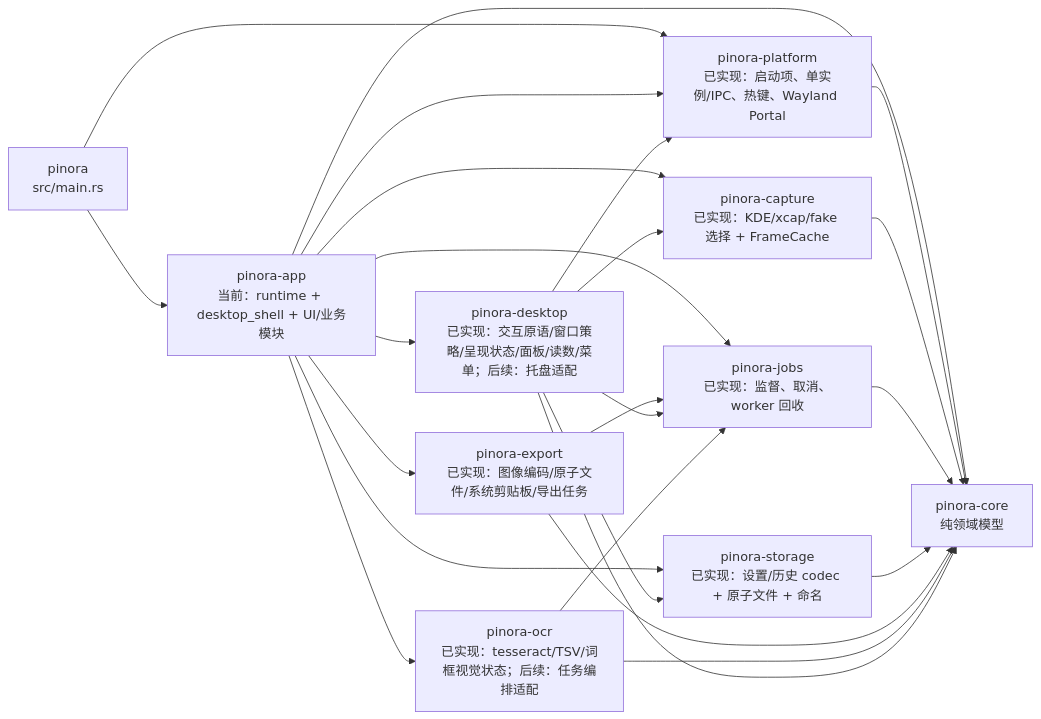
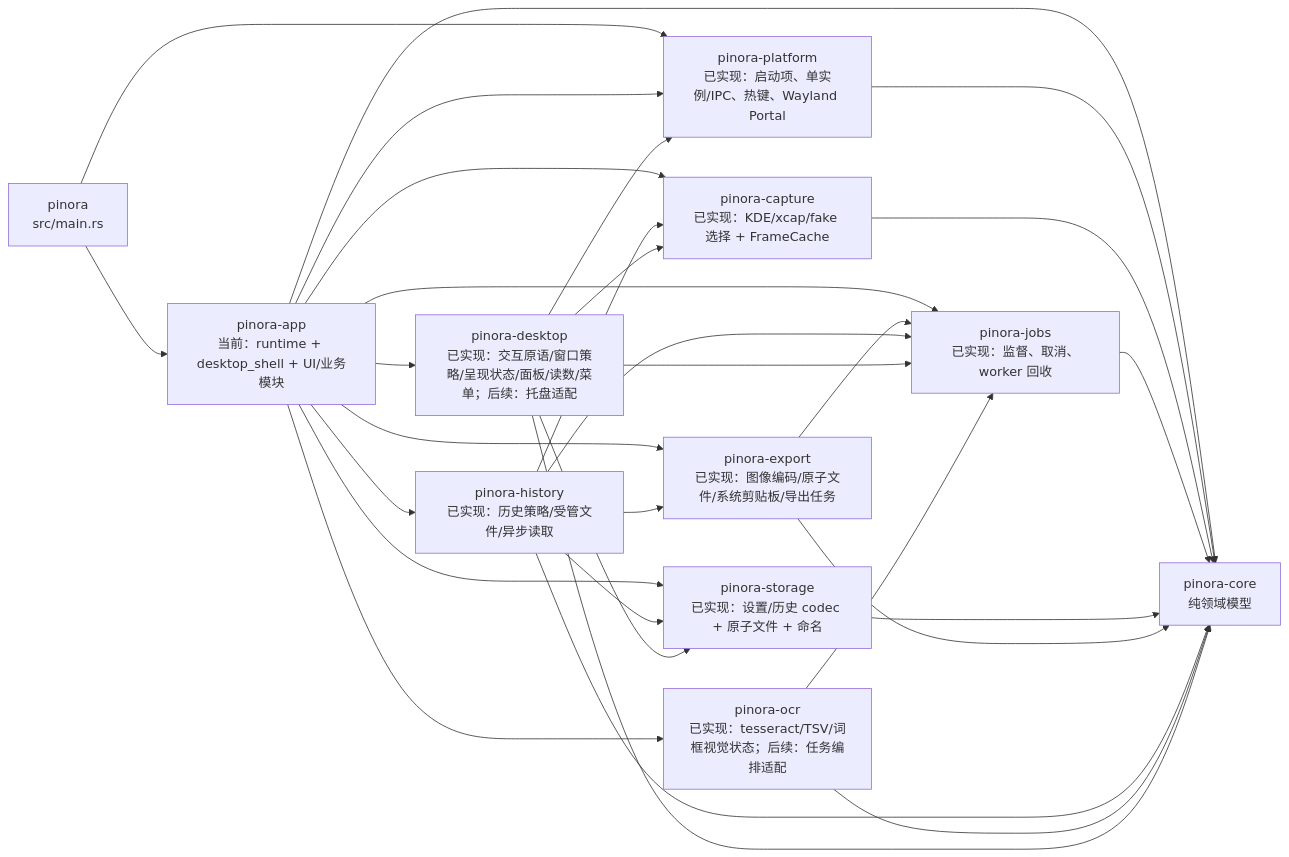
The third of 23 diagrams in docs/Pinora-开发设计文档.md (yhyzgn/pinora), drawn with Mermaid before and after one commit. The commit also changed other lines of this file and 15 other files, not shown here.

````diff
--- a/docs/Pinora-开发设计文档.md
+++ b/docs/Pinora-开发设计文档.md
@@ -236,27 +236,33 @@
 ```mermaid
 flowchart LR
     Main["pinora\nsrc/main.rs"] --> App["pinora-app\n当前：runtime + desktop_shell + UI/业务模块"]
     Main --> Platform["pinora-platform\n已实现：启动项、单实例/IPC、热键、Wayland Portal"]
     App --> Platform
     App --> Core["pinora-core\n纯领域模型"]
     Platform --> Core
 
     App --> CaptureNow["pinora-capture\n已实现：KDE/xcap/fake 选择 + FrameCache"]
     CaptureNow --> Core
     App --> JobsNow["pinora-jobs\n已实现：监督、取消、worker 回收"]
     JobsNow --> Core
     App --> StorageNow["pinora-storage\n已实现：设置/历史 codec + 原子文件 + 命名"]
     StorageNow --> Core
     App --> Desktop["pinora-desktop\n已实现：交互原语/窗口策略/呈现状态/面板/读数/菜单；后续：托盘适配"]
     App --> ExportNow["pinora-export\n已实现：图像编码/原子文件/系统剪贴板/导出任务"]
     ExportNow --> Core
     ExportNow --> JobsNow
+    App --> HistoryNow["pinora-history\n已实现：历史策略/受管文件/异步读取"]
+    HistoryNow --> Core
+    HistoryNow --> StorageNow
+    HistoryNow --> CaptureNow
+    HistoryNow --> JobsNow
+    HistoryNow --> ExportNow
     App --> Ocr["pinora-ocr\n已实现：tesseract/TSV/词框视觉状态；后续：任务编排适配"]
     Ocr --> Core
     Desktop --> Core
     Desktop --> Platform
     Desktop --> CaptureNow
     Desktop --> JobsNow
     Desktop --> StorageNow
     Ocr --> JobsNow
 ```
````
